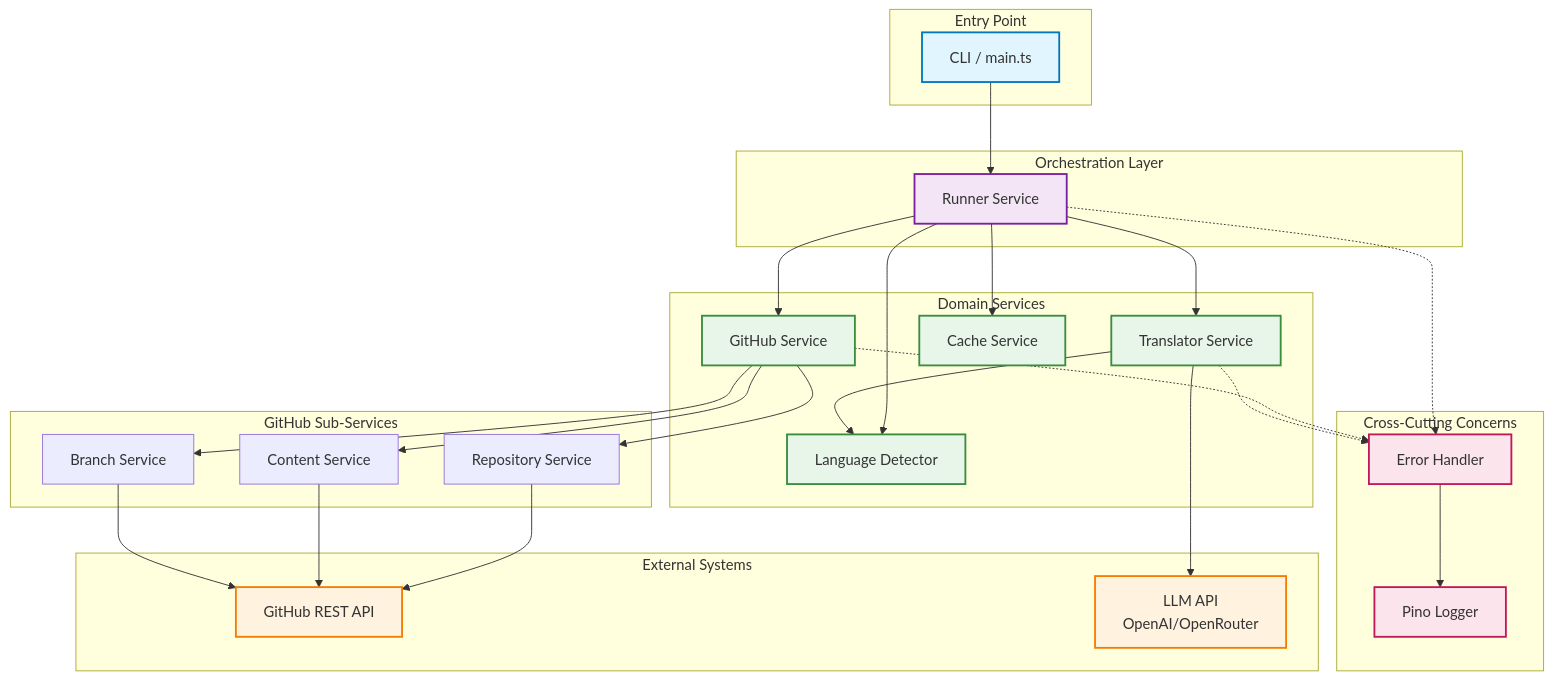
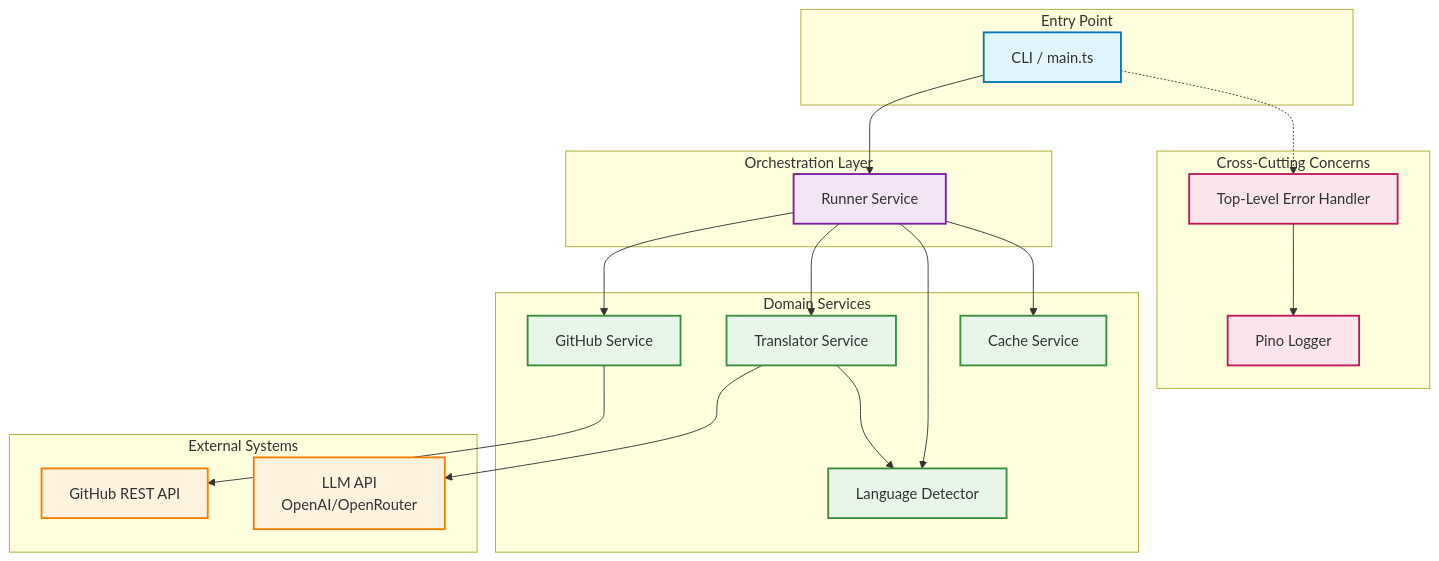
The first of 8 diagrams in docs/ARCHITECTURE.md (NivaldoFarias/translate-react), drawn with Mermaid before and after one commit. The commit also changed other lines of this file and 6 other files, not shown here.

First line of the commit message:
docs: align `README.md` and architecture docs with current codebase

````diff
--- a/docs/ARCHITECTURE.md
+++ b/docs/ARCHITECTURE.md
@@ -53,68 +48,52 @@
 ```mermaid
 graph TB
     subgraph "Entry Point"
         CLI[CLI / main.ts]
     end
 
     subgraph "Orchestration Layer"
         Runner[Runner Service]
     end
 
     subgraph "Domain Services"
         GitHub[GitHub Service]
         Translator[Translator Service]
         LangDetector[Language Detector]
         Cache[Cache Service]
     end
 
-    subgraph "GitHub Sub-Services"
-        RepoSvc[Repository Service]
-        ContentSvc[Content Service]
-        BranchSvc[Branch Service]
-    end
-
     subgraph "Cross-Cutting Concerns"
-        ErrorHandler[Error Handler]
+        ErrorHandler[Top-Level Error Handler]
         Logger[Pino Logger]
     end
 
     subgraph "External Systems"
         GitHubAPI[GitHub REST API]
         LLMAPI[LLM API<br/>OpenAI/OpenRouter]
     end
 
     CLI --> Runner
     Runner --> GitHub
     Runner --> Translator
     Runner --> LangDetector
     Runner --> Cache
 
-    GitHub --> RepoSvc
-    GitHub --> ContentSvc
-    GitHub --> BranchSvc
-
-    RepoSvc --> GitHubAPI
-    ContentSvc --> GitHubAPI
-    BranchSvc --> GitHubAPI
-
+    GitHub --> GitHubAPI
     Translator --> LLMAPI
     Translator --> LangDetector
 
-    Runner -.-> ErrorHandler
-    GitHub -.-> ErrorHandler
-    Translator -.-> ErrorHandler
-
+    CLI -.-> ErrorHandler
     ErrorHandler --> Logger
 
     classDef entryPoint fill:#e1f5fe,stroke:#0277bd,stroke-width:2px
     classDef orchestration fill:#f3e5f5,stroke:#7b1fa2,stroke-width:2px
     classDef domain fill:#e8f5e9,stroke:#388e3c,stroke-width:2px
     classDef external fill:#fff3e0,stroke:#f57c00,stroke-width:2px
     classDef crossCutting fill:#fce4ec,stroke:#c2185b,stroke-width:2px
 
     class CLI entryPoint
     class Runner orchestration
     class GitHub,Translator,LangDetector,Cache domain
     class GitHubAPI,LLMAPI external
     class ErrorHandler,Logger crossCutting
 ```
````
